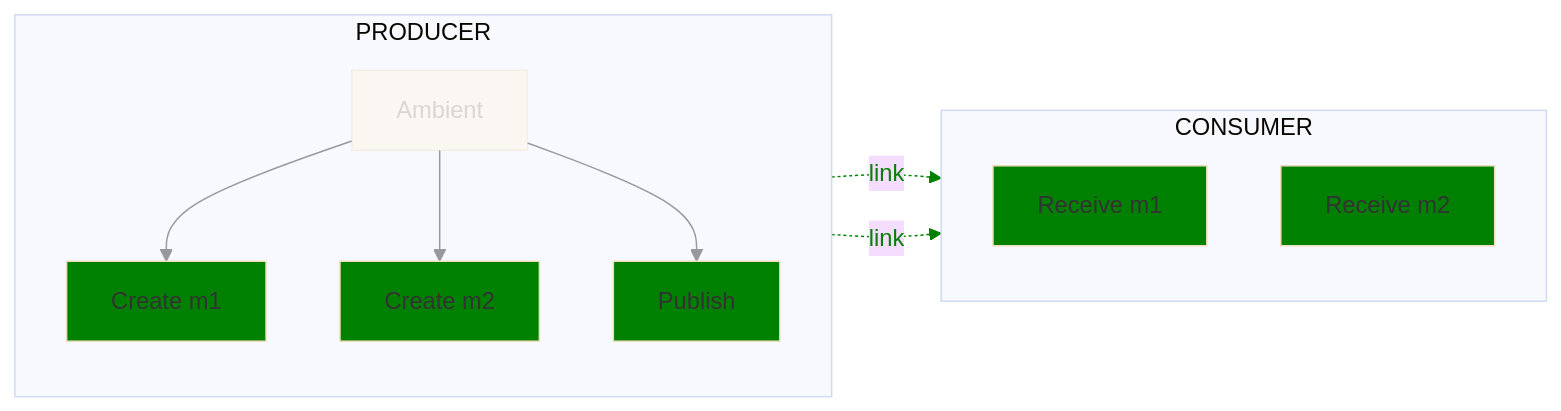
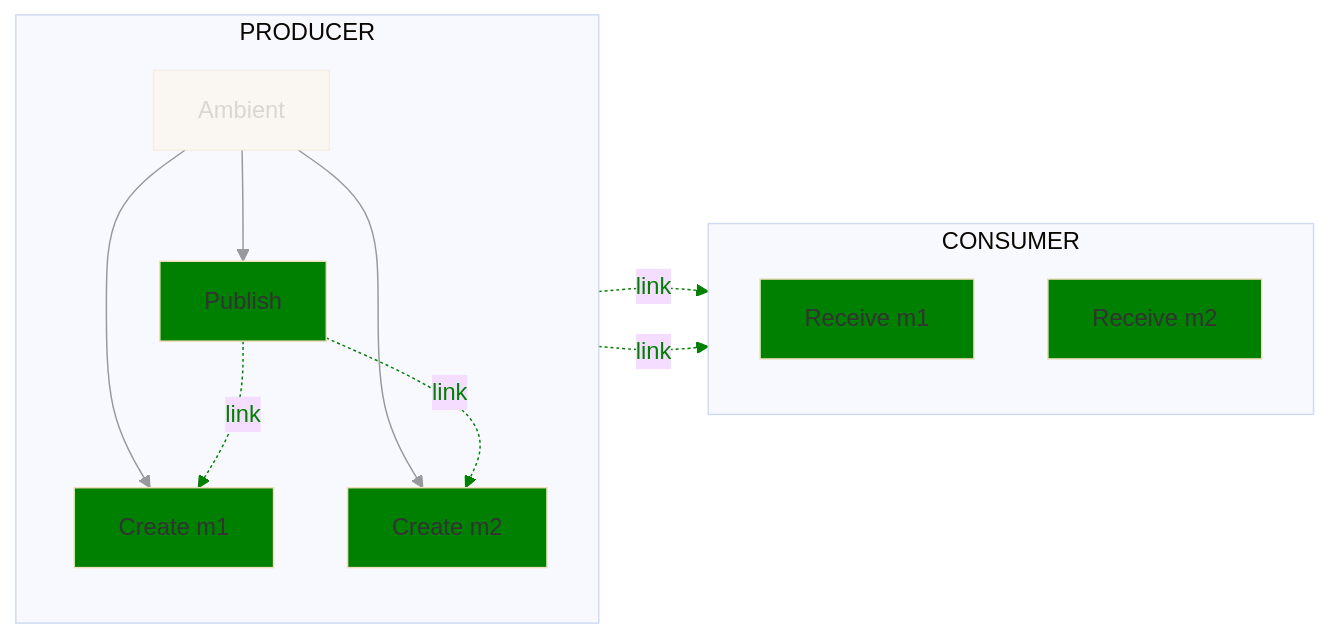
The eighth of 12 diagrams in text/trace/0220-messaging-semantic-conventions-span-structure.md (open-telemetry/oteps), drawn with Mermaid (base theme) before and after one commit. The commit also changed other lines of this file, not shown here.

````diff
--- a/text/trace/0220-messaging-semantic-conventions-span-structure.md
+++ b/text/trace/0220-messaging-semantic-conventions-span-structure.md
@@ -483,23 +483,25 @@
 ```mermaid
 flowchart LR;
   subgraph PRODUCER
   direction TB
   A[Ambient]-->CM1[Create m1]
   A-->CM2[Create m2]
   A-->P[Publish]
   end
   subgraph CONSUMER
   direction TB
   RM1[Receive m1]
   RM2[Receive m2]
   end
   CM1-. link .->RM1;
   CM2-. link .->RM2;
+  P-. link .->CM1;
+  P-. link .->CM2;
 
   classDef normal fill:green
   class CM1,CM2,P,RM1,RM2 normal
   classDef additional opacity:0.4
   class A additional
   linkStyle 0,1,2 opacity:0.4
-  linkStyle 3,4 color:green,stroke:green
+  linkStyle 3,4,5,6 color:green,stroke:green
 ```
````
